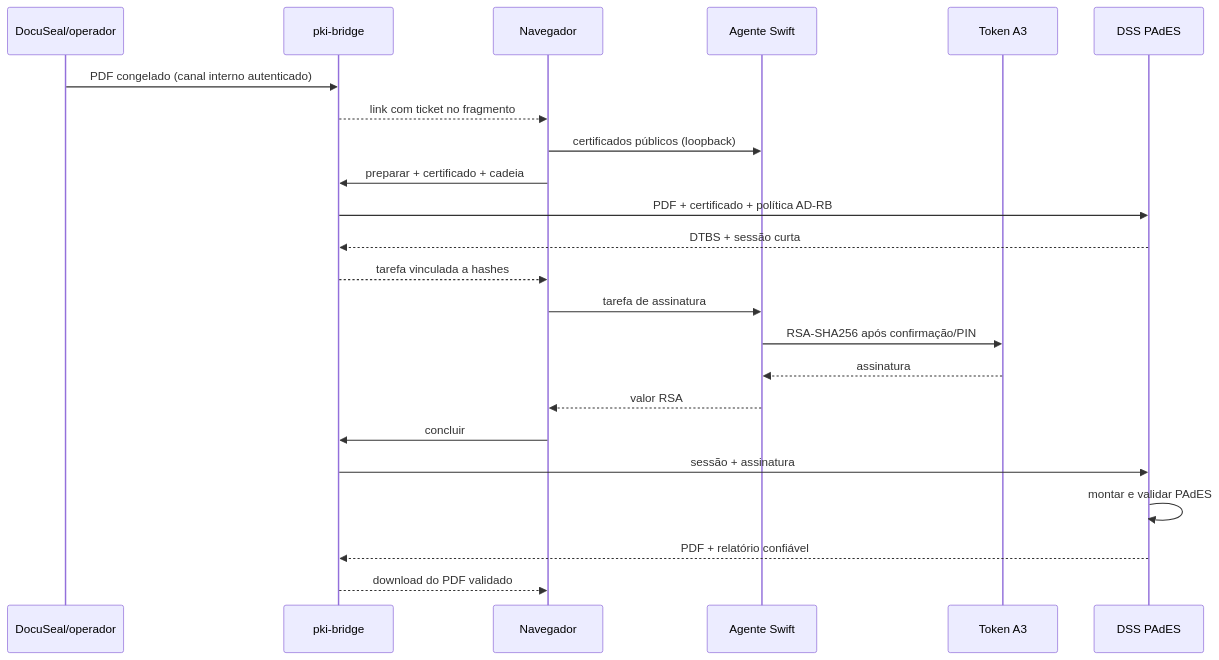
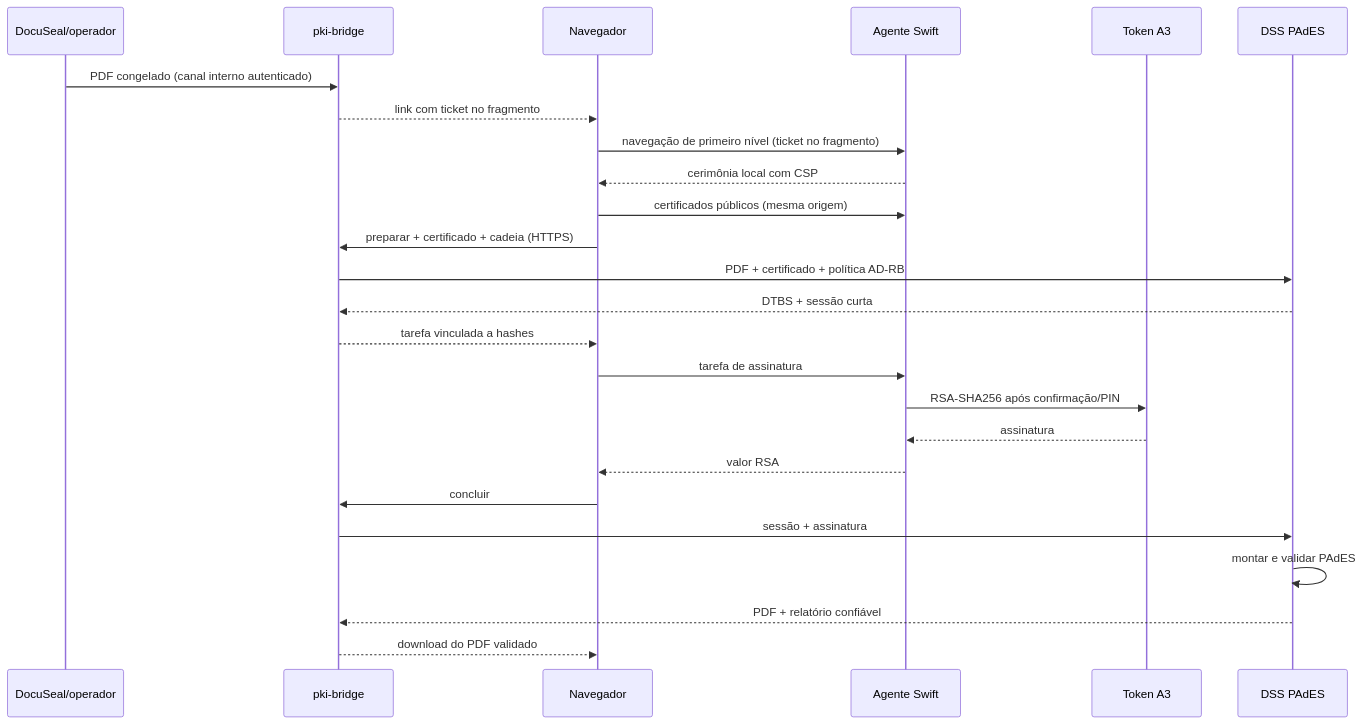
The diagram in docs/architecture/private-pades-provider.md (rogermaiocchi/maiocchi-assinaturas), drawn with Mermaid before and after one commit. The commit also changed other lines of this file and 13 other files, not shown here.

Commit message:
fix(pades): torna cerimônia A3 compatível com navegadores

````diff
--- a/docs/architecture/private-pades-provider.md
+++ b/docs/architecture/private-pades-provider.md
@@ -3,26 +3,28 @@
 ```mermaid
 sequenceDiagram
     participant D as DocuSeal/operador
     participant B as pki-bridge
     participant W as Navegador
     participant A as Agente Swift
     participant T as Token A3
     participant P as DSS PAdES
 
     D->>B: PDF congelado (canal interno autenticado)
     B-->>W: link com ticket no fragmento
-    W->>A: certificados públicos (loopback)
-    W->>B: preparar + certificado + cadeia
+    W->>A: navegação de primeiro nível (ticket no fragmento)
+    A-->>W: cerimônia local com CSP
+    W->>A: certificados públicos (mesma origem)
+    W->>B: preparar + certificado + cadeia (HTTPS)
     B->>P: PDF + certificado + política AD-RB
     P-->>B: DTBS + sessão curta
     B-->>W: tarefa vinculada a hashes
     W->>A: tarefa de assinatura
     A->>T: RSA-SHA256 após confirmação/PIN
     T-->>A: assinatura
     A-->>W: valor RSA
     W->>B: concluir
     B->>P: sessão + assinatura
     P->>P: montar e validar PAdES
     P-->>B: PDF + relatório confiável
     B-->>W: download do PDF validado
 ```
````
